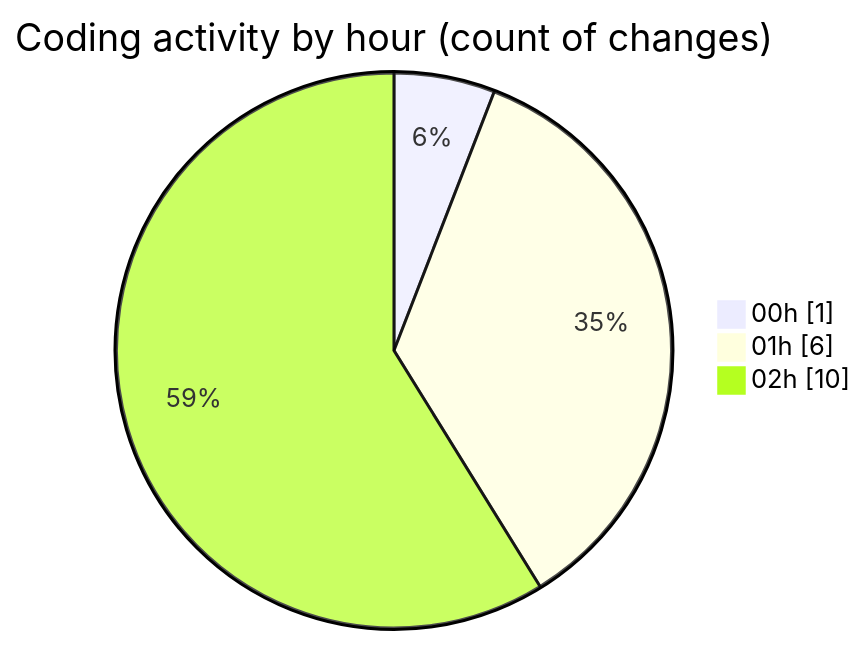
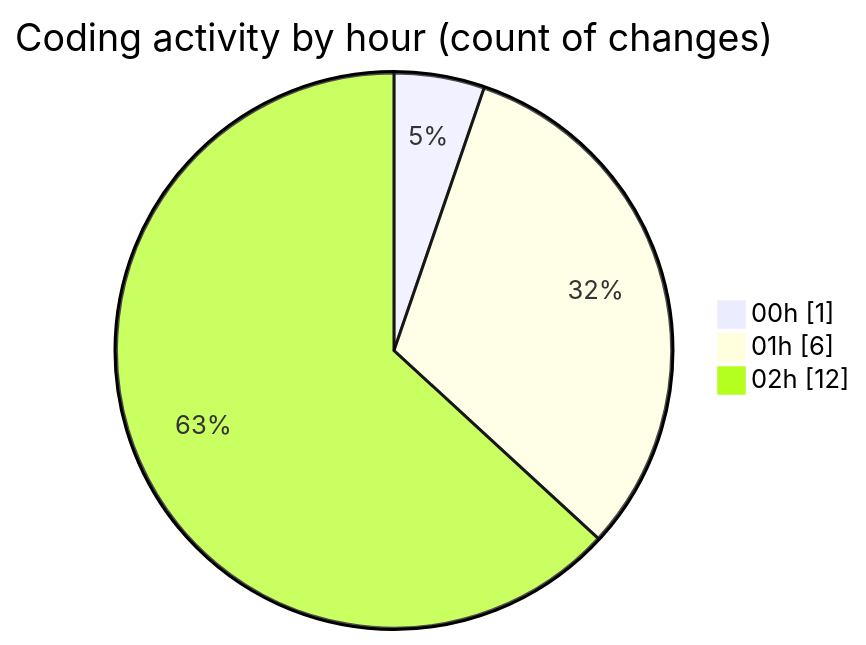
One commit to julien-gomy/code-tracking changed the second of 2 diagrams in 2025-11-22/eventscop-frontend-guide__workspace_/README.md. Above: the diagram before and after it, drawn with Mermaid. The commit also changed other lines of this file and 1 other file, not shown here.

````diff
--- a/2025-11-22/eventscop-frontend-guide__workspace_/README.md
+++ b/2025-11-22/eventscop-frontend-guide__workspace_/README.md
@@ -34,7 +35,7 @@
 ```mermaid
 pie showData
 title Coding activity by hour (count of changes)
 "00h" : 1
 "01h" : 6
-"02h" : 10
+"02h" : 12
 ```
````
